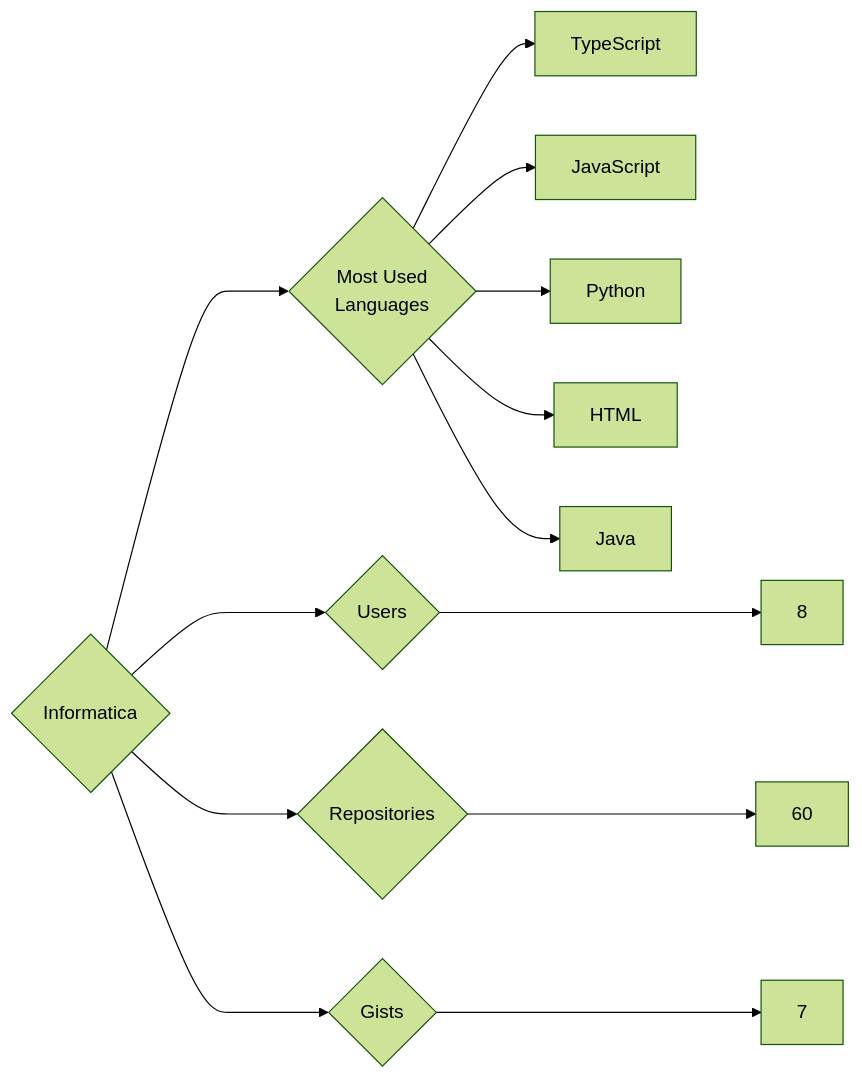
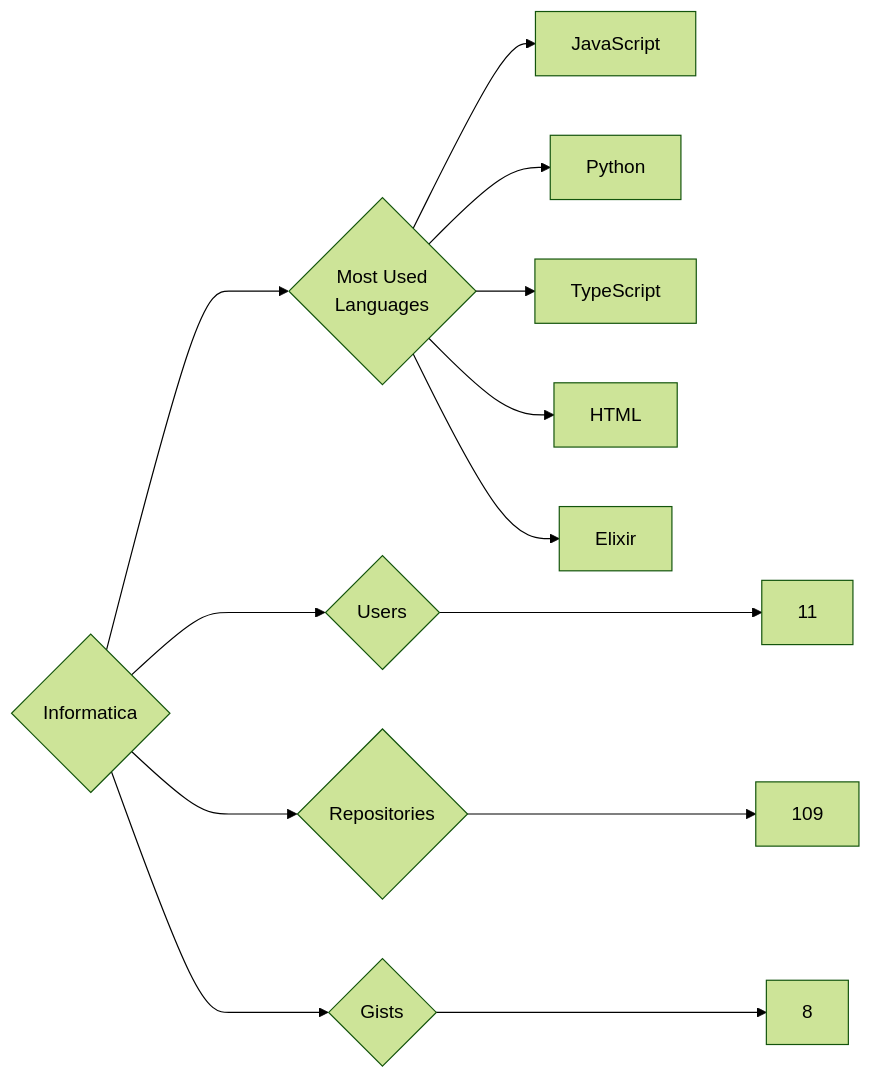
Before and after one commit to trickest/insiders: the diagram in targets/Informatica/README.md, drawn with Mermaid (forest theme). The commit also changed 1120 other files, not shown here.

````diff
--- a/targets/Informatica/README.md
+++ b/targets/Informatica/README.md
@@ -3,13 +3,13 @@
 ```mermaid
 graph LR
 COMPANY_NAME{Informatica}
-COMPANY_NAME ---> U{Users} ---> UN[8]
-COMPANY_NAME ---> R{Repositories} ---> RN[60]
-COMPANY_NAME ---> G{Gists} ---> GN[7]
+COMPANY_NAME ---> U{Users} ---> UN[11]
+COMPANY_NAME ---> R{Repositories} ---> RN[109]
+COMPANY_NAME ---> G{Gists} ---> GN[8]
 COMPANY_NAME ---> ML{Most Used<br>Languages}
-ML --> TypeScript[TypeScript]
 ML --> JavaScript[JavaScript]
 ML --> Python[Python]
+ML --> TypeScript[TypeScript]
 ML --> HTML[HTML]
-ML --> Java[Java]
+ML --> Elixir[Elixir]
 ```
````
